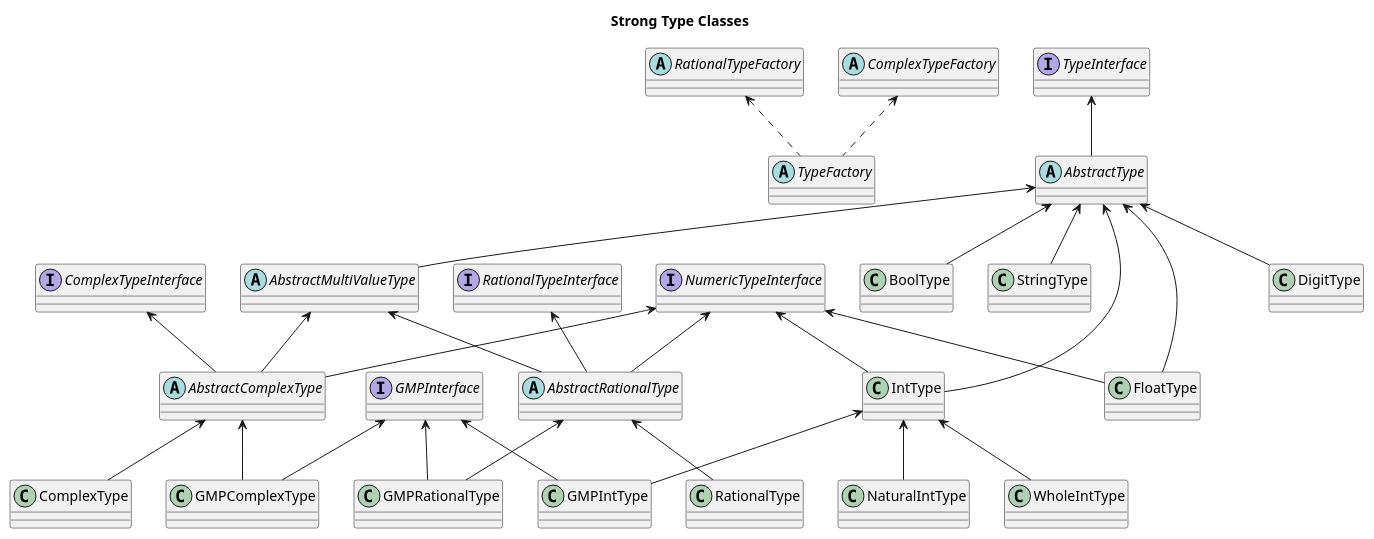
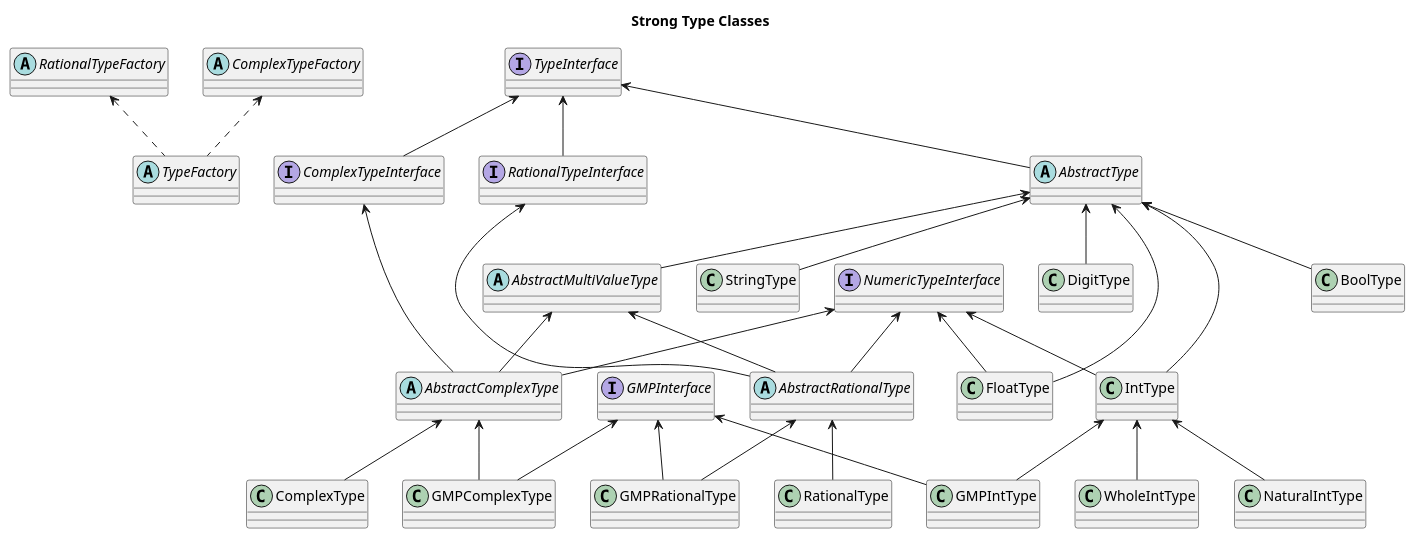
One commit to chippyash/Strong-Type changed the diagram in docs/strong-type-class.puml. Above: the diagram before and after it, drawn with PlantUML. The commit also changed 7 other files, not shown here.

```diff
--- a/docs/strong-type-class.puml
+++ b/docs/strong-type-class.puml
@@ -1,80 +1,82 @@
 @startuml
 title Strong Type Classes
 
 abstract class TypeFactory
 
 abstract class RationalTypeFactory
 
 abstract class ComplexTypeFactory
 
 RationalTypeFactory <.. TypeFactory
 ComplexTypeFactory <.. TypeFactory
 
 interface ComplexTypeInterface
 
 interface GMPInterface
 
 interface NumericTypeInterface
 
 interface RationalTypeInterface
 
 interface TypeInterface
 
 abstract class AbstractType
 
 abstract class AbstractMultiValueType
 
 abstract class AbstractRationalType
 
 abstract class AbstractComplexType
 
 class BoolType
 
 class StringType
 
 class IntType
 
 class NaturalIntType
 
 class WholeIntType
 
 class FloatType
 
 class DigitType
 
 class GMPIntType
 
 class RationalType
 
 class GMPRationalType
 
 class ComplexType
 
 class GMPComplexType
 
 TypeInterface <-- AbstractType
+TypeInterface <-- ComplexTypeInterface
+TypeInterface <-- RationalTypeInterface
 AbstractType <-- AbstractMultiValueType
 AbstractType <-- BoolType
 AbstractType <-- StringType
 AbstractType <-- DigitType
 AbstractType <-- IntType
 NumericTypeInterface <-- IntType
 IntType <-- NaturalIntType
 IntType <-- WholeIntType
 IntType <-- GMPIntType
 AbstractType <-- FloatType
 NumericTypeInterface <-- FloatType
 GMPInterface <-- GMPIntType
 RationalTypeInterface <-- AbstractRationalType
 NumericTypeInterface <-- AbstractRationalType
 AbstractMultiValueType <-- AbstractRationalType
 AbstractRationalType <-- RationalType
 AbstractRationalType <-- GMPRationalType
 GMPInterface <-- GMPRationalType
 AbstractMultiValueType <-- AbstractComplexType
 ComplexTypeInterface <-- AbstractComplexType
 NumericTypeInterface <-- AbstractComplexType
 AbstractComplexType <-- ComplexType
 AbstractComplexType <-- GMPComplexType
 GMPInterface <-- GMPComplexType
 @enduml
```
